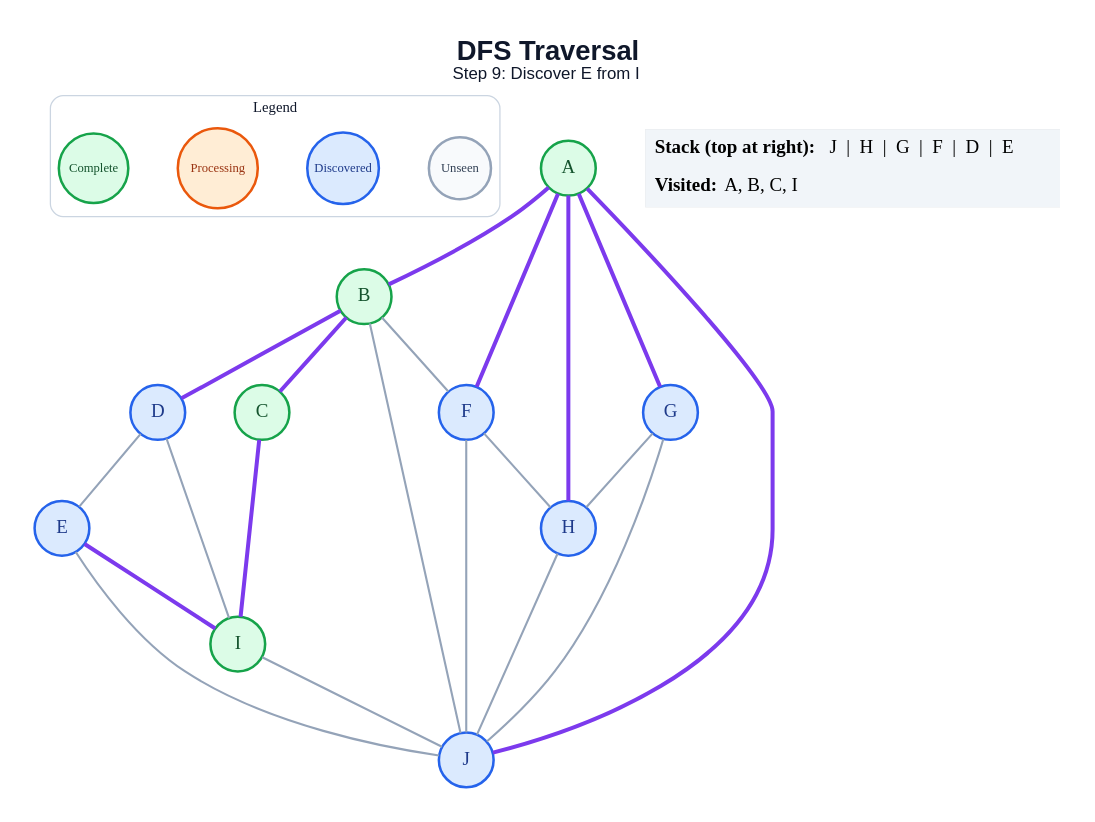
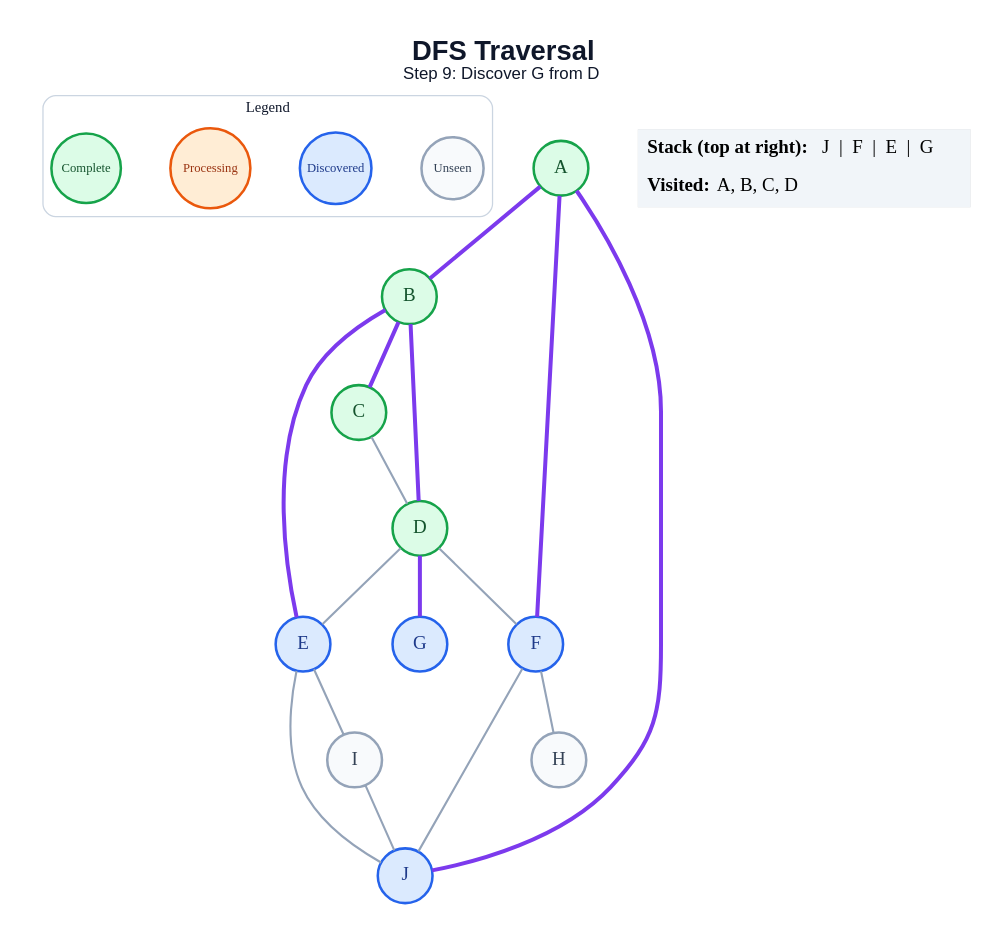
Before and after one commit to anon7238593-create/ai-slop: the diagram in generated/dfs/step_09.dot, drawn with Graphviz. The commit also changed 178 other files, not shown here.

```diff
--- a/generated/dfs/step_09.dot
+++ b/generated/dfs/step_09.dot
@@ -1,49 +1,44 @@
 graph traversal {
   graph [layout=dot, rankdir=TB, bgcolor="#FFFFFF", pad="0.35", nodesep="0.65", ranksep="0.8", fontname="Arial"];
   node [shape=circle, style="filled", fontname="Arial Bold", fontsize=18, width=0.72, fixedsize=true, penwidth=2.4];
   edge [color="#94A3B8", penwidth=2.0];
-  label=<<B>DFS Traversal</B><BR/><FONT POINT-SIZE="16">Step 9: Discover E from I</FONT>>; labelloc="t"; fontsize=26; fontname="Arial"; fontcolor="#0F172A";
+  label=<<B>DFS Traversal</B><BR/><FONT POINT-SIZE="16">Step 9: Discover G from D</FONT>>; labelloc="t"; fontsize=26; fontname="Arial"; fontcolor="#0F172A";
   subgraph cluster_legend { label="Legend"; color="#CBD5E1"; penwidth=1.2; style="rounded"; fontsize=14; fontname="Arial Bold";
     key_unseen [label="Unseen", fillcolor="#F8FAFC", color="#94A3B8", fontcolor="#334155", fontsize=12, width=0.82];
     key_frontier [label="Discovered", fillcolor="#DBEAFE", color="#2563EB", fontcolor="#1E3A8A", fontsize=12, width=0.95];
     key_current [label="Processing", fillcolor="#FFEDD5", color="#EA580C", fontcolor="#9A3412", fontsize=12, width=1.05];
     key_done [label="Complete", fillcolor="#DCFCE7", color="#16A34A", fontcolor="#14532D", fontsize=12, width=0.92];
     { rank=same; key_unseen; key_frontier; key_current; key_done; }
   }
   A [fillcolor="#DCFCE7", color="#16A34A", fontcolor="#14532D"];
   B [fillcolor="#DCFCE7", color="#16A34A", fontcolor="#14532D"];
   C [fillcolor="#DCFCE7", color="#16A34A", fontcolor="#14532D"];
-  D [fillcolor="#DBEAFE", color="#2563EB", fontcolor="#1E3A8A"];
+  D [fillcolor="#DCFCE7", color="#16A34A", fontcolor="#14532D"];
   E [fillcolor="#DBEAFE", color="#2563EB", fontcolor="#1E3A8A"];
   F [fillcolor="#DBEAFE", color="#2563EB", fontcolor="#1E3A8A"];
   G [fillcolor="#DBEAFE", color="#2563EB", fontcolor="#1E3A8A"];
-  H [fillcolor="#DBEAFE", color="#2563EB", fontcolor="#1E3A8A"];
-  I [fillcolor="#DCFCE7", color="#16A34A", fontcolor="#14532D"];
+  H [fillcolor="#F8FAFC", color="#94A3B8", fontcolor="#334155"];
+  I [fillcolor="#F8FAFC", color="#94A3B8", fontcolor="#334155"];
   J [fillcolor="#DBEAFE", color="#2563EB", fontcolor="#1E3A8A"];
   A -- B [color="#7C3AED", penwidth=3.8];
   A -- F [color="#7C3AED", penwidth=3.8];
-  A -- G [color="#7C3AED", penwidth=3.8];
-  A -- H [color="#7C3AED", penwidth=3.8];
   A -- J [color="#7C3AED", penwidth=3.8];
   B -- C [color="#7C3AED", penwidth=3.8];
   B -- D [color="#7C3AED", penwidth=3.8];
-  B -- F;
-  B -- J;
-  C -- I [color="#7C3AED", penwidth=3.8];
+  B -- E [color="#7C3AED", penwidth=3.8];
+  C -- D;
   D -- E;
-  D -- I;
-  E -- I [color="#7C3AED", penwidth=3.8];
+  D -- F;
+  D -- G [color="#7C3AED", penwidth=3.8];
+  E -- I;
   E -- J;
   F -- H;
   F -- J;
-  G -- H;
-  G -- J;
-  H -- J;
   I -- J;
   status [shape=plain, fixedsize=false, width=0, height=0, margin=0, label=<
     <TABLE BORDER="0" CELLBORDER="0" CELLPADDING="7" BGCOLOR="#F1F5F9">
-      <TR><TD ALIGN="LEFT"><B>Stack (top at right):</B> J  |  H  |  G  |  F  |  D  |  E</TD></TR>
-      <TR><TD ALIGN="LEFT"><B>Visited:</B> A, B, C, I</TD></TR>
+      <TR><TD ALIGN="LEFT"><B>Stack (top at right):</B> J  |  F  |  E  |  G</TD></TR>
+      <TR><TD ALIGN="LEFT"><B>Visited:</B> A, B, C, D</TD></TR>
     </TABLE>
   >];
 }
```
